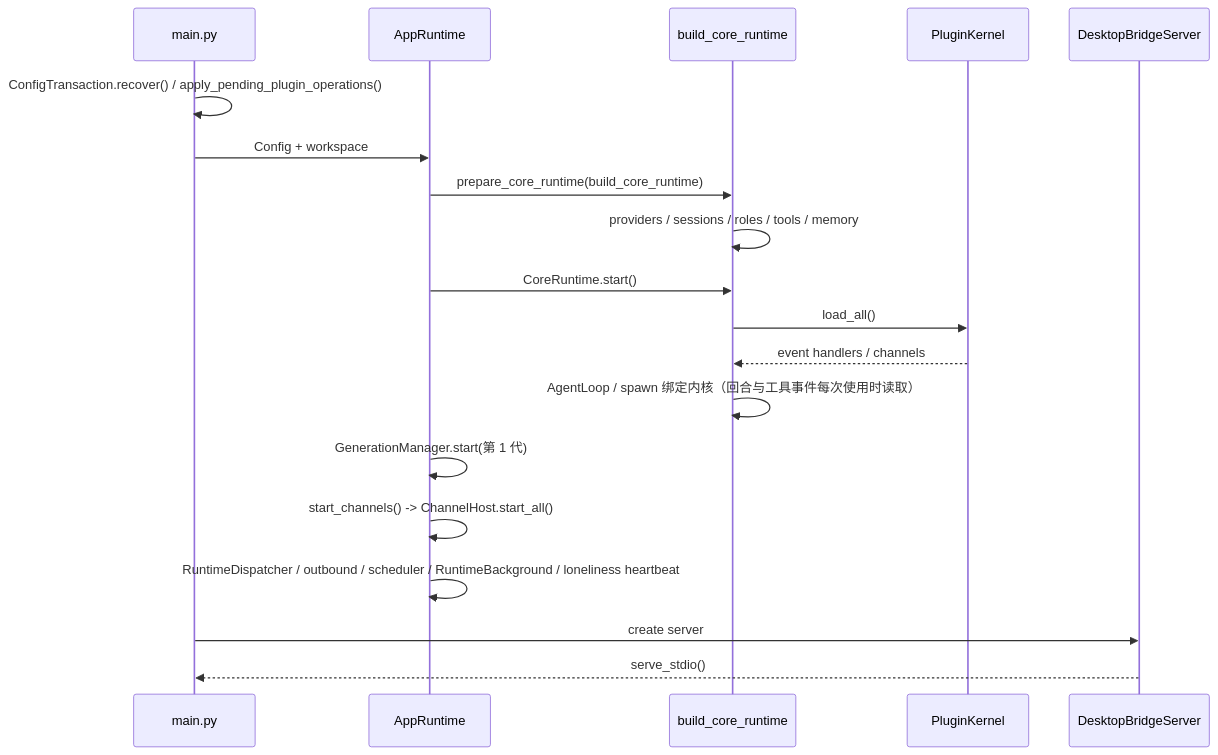
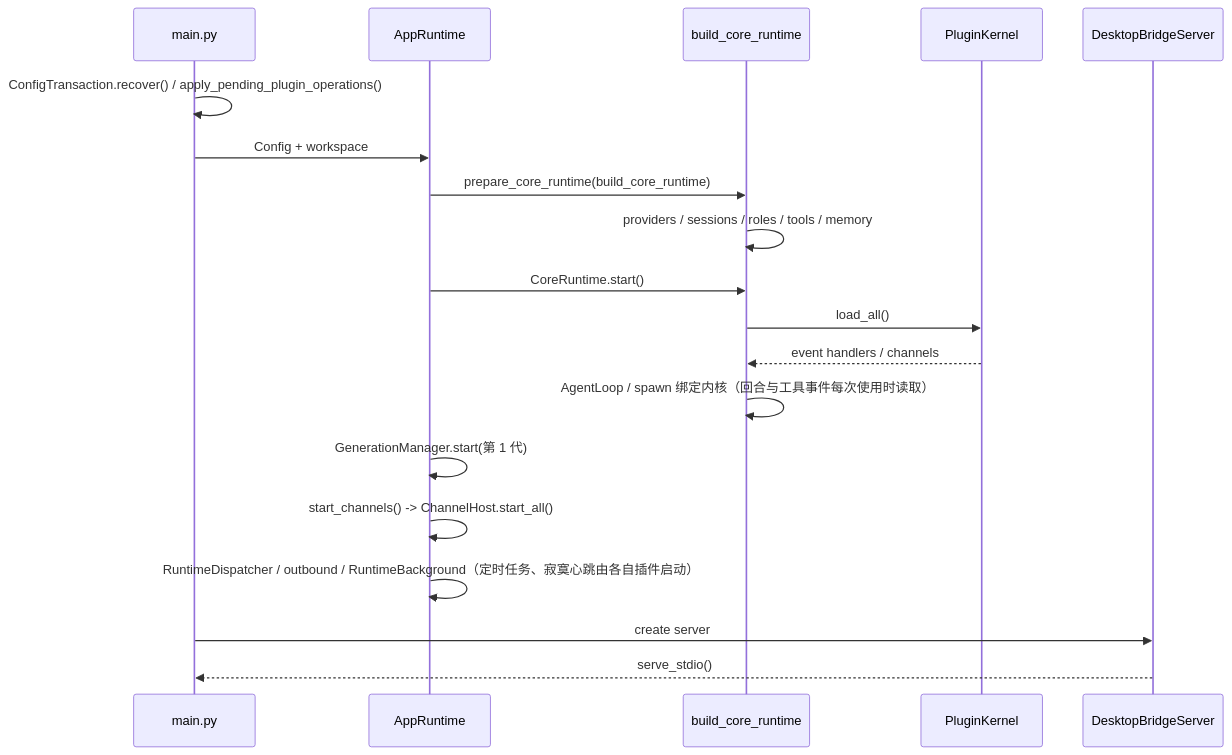
One commit to YinFengWindy/Shiori-Agent changed the first of 2 diagrams in docs/knowledge/flows/startup-and-shutdown.md. Above: the diagram before and after it, drawn with Mermaid. The commit also changed 90 other files, not shown here.

````diff
--- a/docs/knowledge/flows/startup-and-shutdown.md
+++ b/docs/knowledge/flows/startup-and-shutdown.md
@@ -23,21 +23,21 @@
 ```mermaid
 sequenceDiagram
   participant Main as main.py
   participant App as AppRuntime
   participant Core as build_core_runtime
   participant Plugin as PluginKernel
   participant Bridge as DesktopBridgeServer
   Main->>Main: ConfigTransaction.recover() / apply_pending_plugin_operations()
   Main->>App: Config + workspace
   App->>Core: prepare_core_runtime(build_core_runtime)
   Core->>Core: providers / sessions / roles / tools / memory
   App->>Core: CoreRuntime.start()
   Core->>Plugin: load_all()
   Plugin-->>Core: event handlers / channels
   Core->>Core: AgentLoop / spawn 绑定内核（回合与工具事件每次使用时读取）
   App->>App: GenerationManager.start(第 1 代)
   App->>App: start_channels() -> ChannelHost.start_all()
-  App->>App: RuntimeDispatcher / outbound / scheduler / RuntimeBackground / loneliness heartbeat
+  App->>App: RuntimeDispatcher / outbound / RuntimeBackground（定时任务、寂寞心跳由各自插件启动）
   Main->>Bridge: create server
   Bridge-->>Main: serve_stdio()
 ```
````
